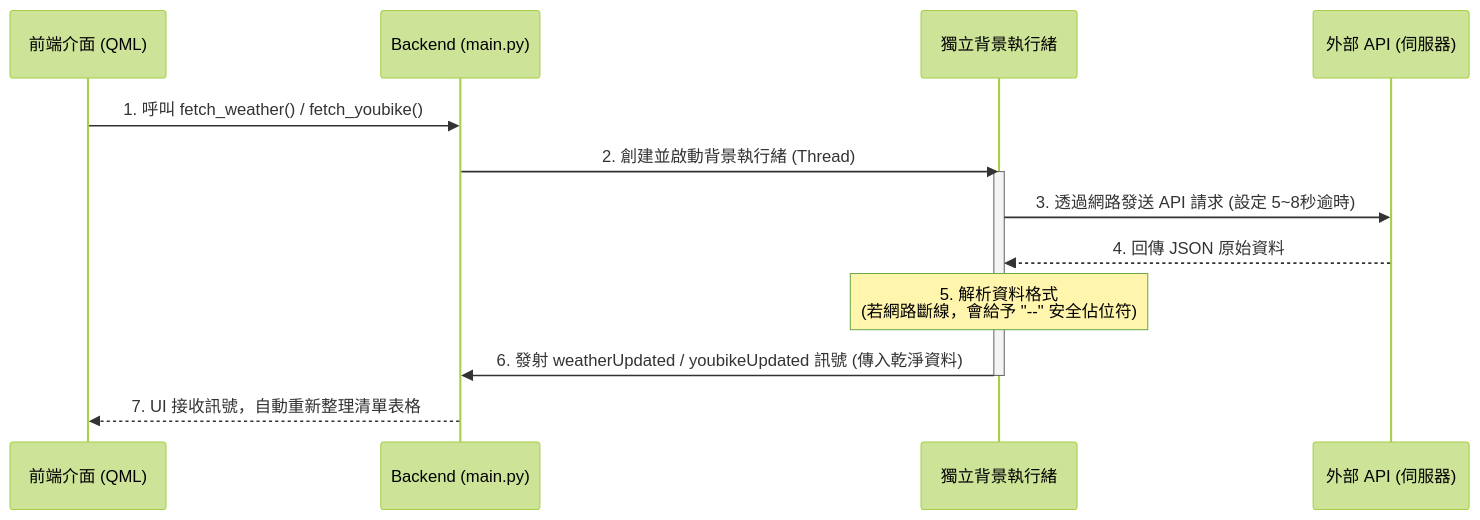
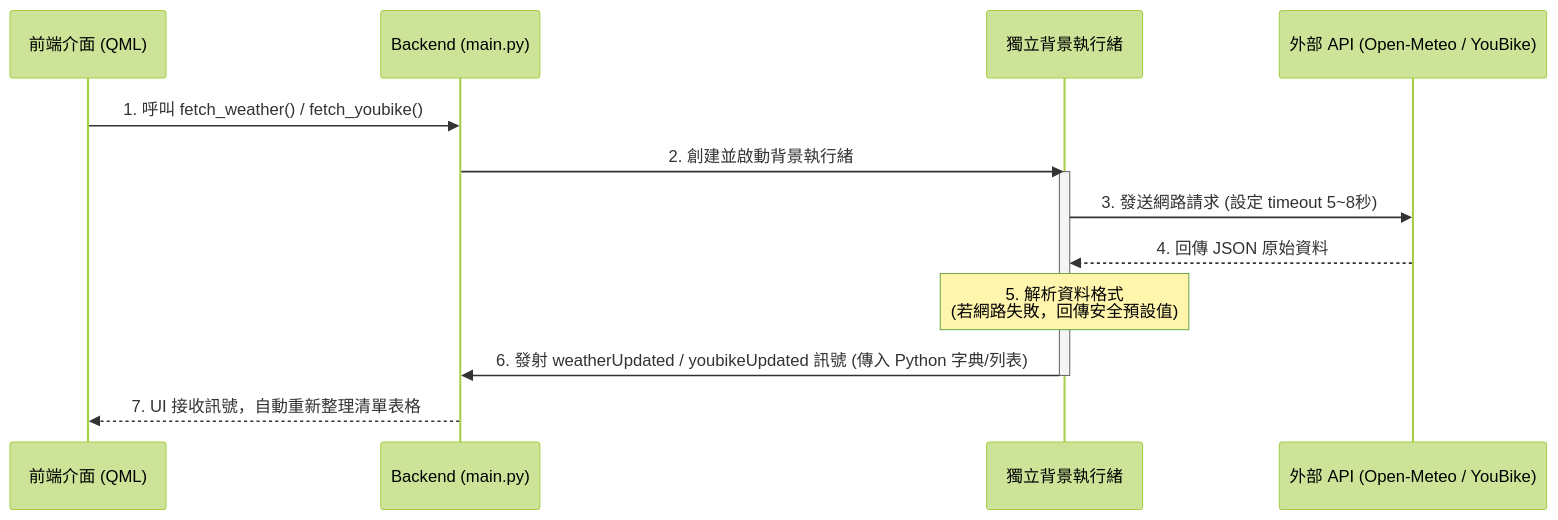
Before and after one commit to Kaih1825/Glance: the fourth of 5 diagrams in README.md, drawn with Mermaid (forest theme). The commit also changed other lines of this file, not shown here.

````diff
--- a/README.md
+++ b/README.md
@@ -111,17 +167,17 @@
 ```mermaid
 sequenceDiagram
     participant UI as 前端介面 (QML)
     participant Backend as Backend (main.py)
     participant Thread as 獨立背景執行緒
-    participant API as 外部 API (伺服器)
+    participant API as 外部 API (Open-Meteo / YouBike)
     
     UI->>Backend: 1. 呼叫 fetch_weather() / fetch_youbike()
-    Backend->>Thread: 2. 創建並啟動背景執行緒 (Thread)
+    Backend->>Thread: 2. 創建並啟動背景執行緒
     activate Thread
-    Thread->>API: 3. 透過網路發送 API 請求 (設定 5~8秒逾時)
+    Thread->>API: 3. 發送網路請求 (設定 timeout 5~8秒)
     API-->>Thread: 4. 回傳 JSON 原始資料
-    Note over Thread: 5. 解析資料格式<br/>(若網路斷線，會給予 "--" 安全佔位符)
-    Thread->>Backend: 6. 發射 weatherUpdated / youbikeUpdated 訊號 (傳入乾淨資料)
+    Note over Thread: 5. 解析資料格式<br/>(若網路失敗，回傳安全預設值)
+    Thread->>Backend: 6. 發射 weatherUpdated / youbikeUpdated 訊號 (傳入 Python 字典/列表)
     deactivate Thread
     Backend-->>UI: 7. UI 接收訊號，自動重新整理清單表格
 ```
````
